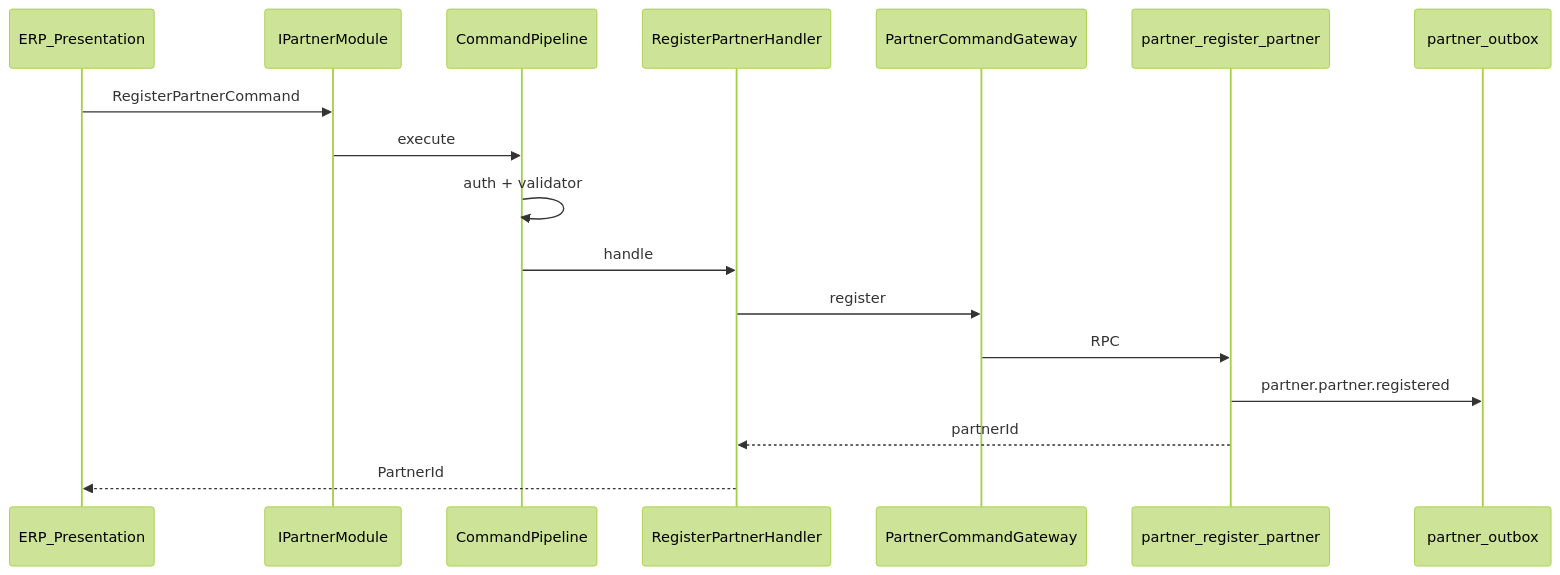
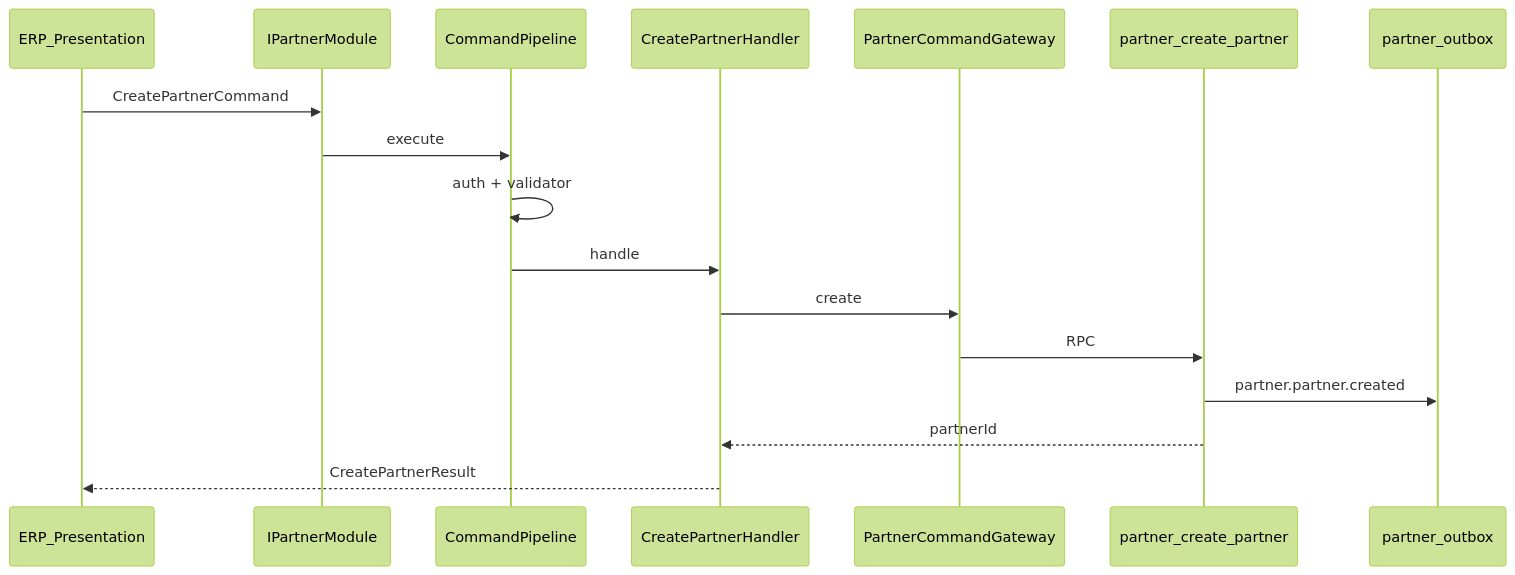
One commit to DsChien102/erp-sales-inventory changed the first of 2 diagrams in docs/themes/TH-03-partner/harness/03-architecture-and-flows.md. Above: the diagram before and after it, drawn with Mermaid (forest theme). The commit also changed other lines of this file and 271 other files, not shown here.

````diff
--- a/docs/themes/TH-03-partner/harness/03-architecture-and-flows.md
+++ b/docs/themes/TH-03-partner/harness/03-architecture-and-flows.md
@@ -7,20 +9,20 @@
 ```mermaid
 sequenceDiagram
   participant UI as ERP_Presentation
   participant Med as IPartnerModule
   participant Pipe as CommandPipeline
-  participant H as RegisterPartnerHandler
+  participant H as CreatePartnerHandler
   participant GW as PartnerCommandGateway
-  participant RPC as partner_register_partner
+  participant RPC as partner_create_partner
   participant OB as partner_outbox
 
-  UI->>Med: RegisterPartnerCommand
+  UI->>Med: CreatePartnerCommand
   Med->>Pipe: execute
   Pipe->>Pipe: auth + validator
   Pipe->>H: handle
-  H->>GW: register
+  H->>GW: create
   GW->>RPC: RPC
-  RPC->>OB: partner.partner.registered
+  RPC->>OB: partner.partner.created
   RPC-->>H: partnerId
-  H-->>UI: PartnerId
+  H-->>UI: CreatePartnerResult
 ```
````
